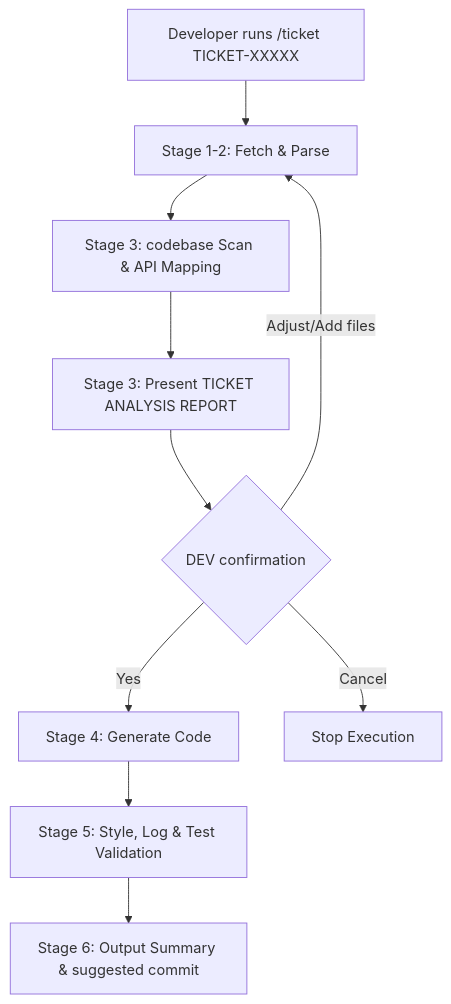
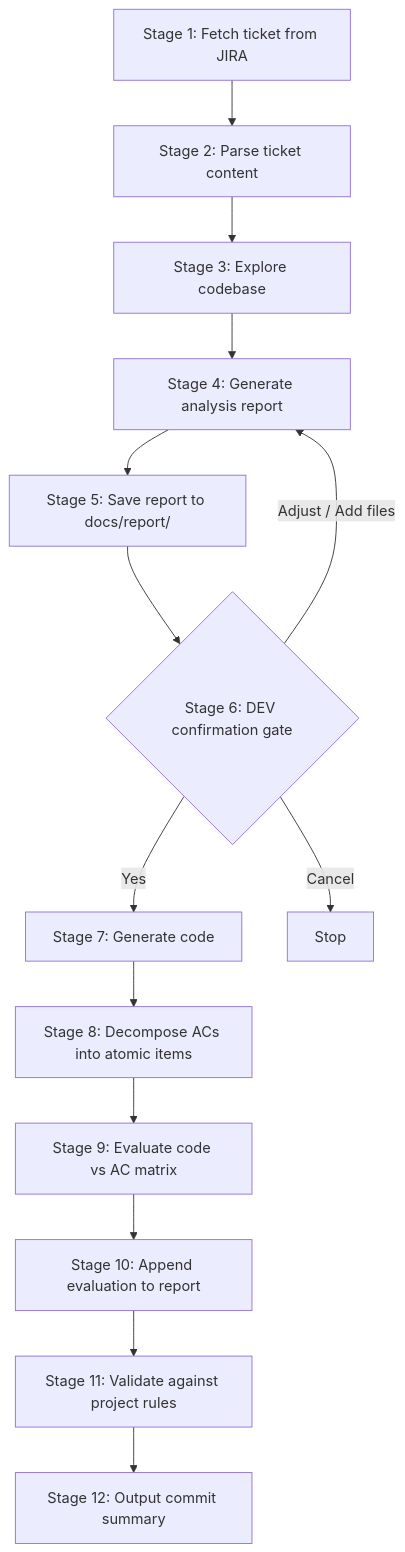
The diagram in ticket2code/ticket/INDEX.md (tadev999/ticket2code), drawn with Mermaid before and after one commit. The commit also changed other lines of this file and 4 other files, not shown here.

````diff
--- a/ticket2code/ticket/INDEX.md
+++ b/ticket2code/ticket/INDEX.md
@@ -11,12 +17,18 @@
 ```mermaid
 flowchart TD
-    A[Developer runs /ticket TICKET-XXXXX] --> B[Stage 1-2: Fetch & Parse]
-    B --> C[Stage 3: codebase Scan & API Mapping]
-    C --> D[Stage 3: Present TICKET ANALYSIS REPORT]
-    D --> E{DEV confirmation}
-    E -->|Yes| F[Stage 4: Generate Code]
-    E -->|Adjust/Add files| B
-    E -->|Cancel| G[Stop Execution]
-    F --> H[Stage 5: Style, Log & Test Validation]
-    H --> I[Stage 6: Output Summary & suggested commit]
+    S1[Stage 1: Fetch ticket from JIRA] --> S2
+    S2[Stage 2: Parse ticket content] --> S3
+    S3[Stage 3: Explore codebase] --> S4
+    S4[Stage 4: Generate analysis report] --> S5
+    S5[Stage 5: Save report to docs/report/] --> S6
+    S6{Stage 6: DEV confirmation gate}
+    S6 -->|Yes| S7
+    S6 -->|Adjust / Add files| S4
+    S6 -->|Cancel| STOP[Stop]
+    S7[Stage 7: Generate code] --> S8
+    S8[Stage 8: Decompose ACs into atomic items] --> S9
+    S9[Stage 9: Evaluate code vs AC matrix] --> S10
+    S10[Stage 10: Append evaluation to report] --> S11
+    S11[Stage 11: Validate against project rules] --> S12
+    S12[Stage 12: Output commit summary]
 ```
````
